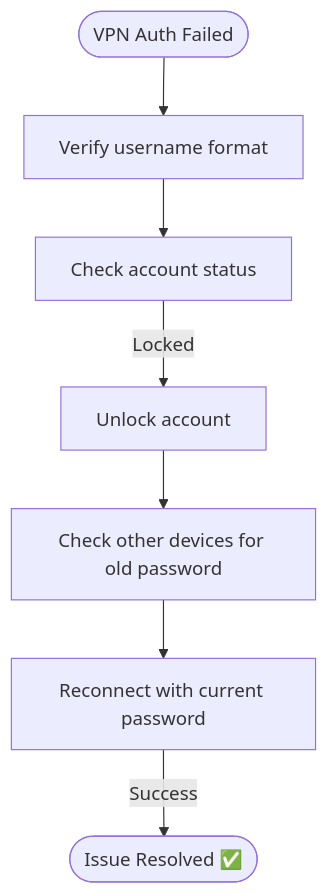
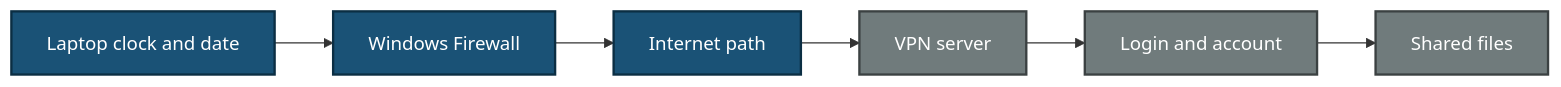
Before and after one commit to malaika-azhar/Customer-Tech-Support-Portfolio: the third of 5 diagrams in 02-Ticket-simulations/02.3-VPN-Ticket.md, drawn with Mermaid. The commit also changed other lines of this file, not shown here.

````diff
--- a/02-Ticket-simulations/02.3-VPN-Ticket.md
+++ b/02-Ticket-simulations/02.3-VPN-Ticket.md
@@ -42,9 +264,8 @@
 ```mermaid
-flowchart TD
-    Start([VPN Auth Failed]) --> A["Verify username format"]
-    A --> B["Check account status"]
-    B -->|Locked| C["Unlock account"]
-    C --> D["Check other devices for old password"]
-    D --> E["Reconnect with current password"]
-    E -->|Success| End1([Issue Resolved ✅])
+flowchart LR
+    A["Laptop clock and date"] --> B["Windows Firewall"] --> C["Internet path"] --> D["VPN server"] --> E["Login and account"] --> F["Shared files"]
+    classDef blue fill:#1A5276,stroke:#0B2E43,stroke-width:2px,color:#FFFFFF;
+    classDef gray fill:#707B7C,stroke:#3B4142,stroke-width:2px,color:#FFFFFF;
+    class A,B,C blue;
+    class D,E,F gray;
 ```
````
